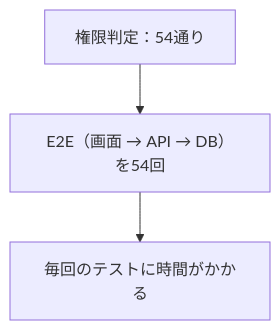
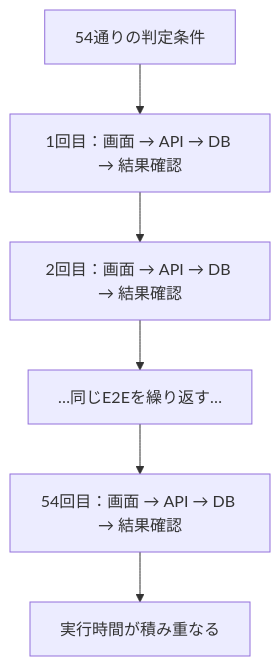
The first of 2 diagrams in articles/ai-era-e2e-module-test-design.md (tamutamu/zenn-articles), drawn with Mermaid before and after one commit. The commit also changed other lines of this file, not shown here.

````diff
--- a/articles/ai-era-e2e-module-test-design.md
+++ b/articles/ai-era-e2e-module-test-design.md
@@ -58,5 +58,9 @@
 ```mermaid
 flowchart TB
-    A["権限判定：54通り"] --> B["E2E（画面 → API → DB）を54回"]
-    B --> C["毎回のテストに時間がかかる"]
+    A["54通りの判定条件"]
+    A --> B["1回目：画面 → API → DB → 結果確認"]
+    B --> C["2回目：画面 → API → DB → 結果確認"]
+    C --> D["…同じE2Eを繰り返す…"]
+    D --> E["54回目：画面 → API → DB → 結果確認"]
+    E --> F["実行時間が積み重なる"]
 ```
````
